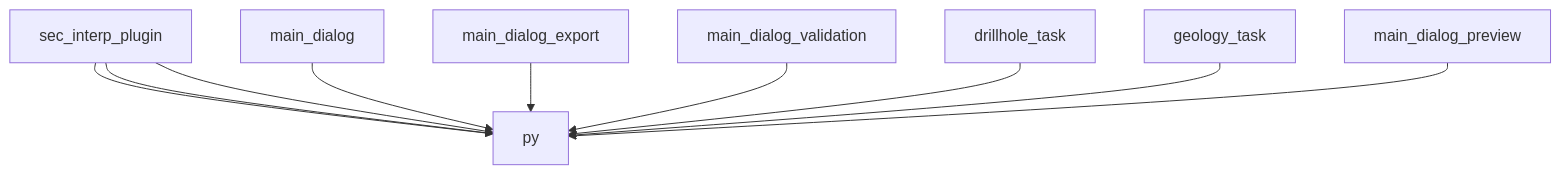
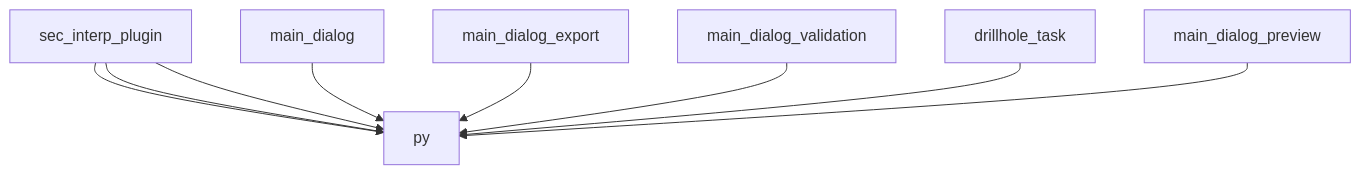
One commit to geociencio/sec_interp changed the diagram in AI_CONTEXT.md. Above: the diagram before and after it, drawn with Mermaid. The commit also changed other lines of this file and 12 other files, not shown here.

````diff
--- a/AI_CONTEXT.md
+++ b/AI_CONTEXT.md
@@ -115,12 +115,11 @@
 ```mermaid
 graph TD
     sec_interp_plugin --> py
     sec_interp_plugin --> py
     sec_interp_plugin --> py
     main_dialog --> py
     main_dialog_export --> py
     main_dialog_validation --> py
     drillhole_task --> py
-    geology_task --> py
     main_dialog_preview --> py
 ```
````
